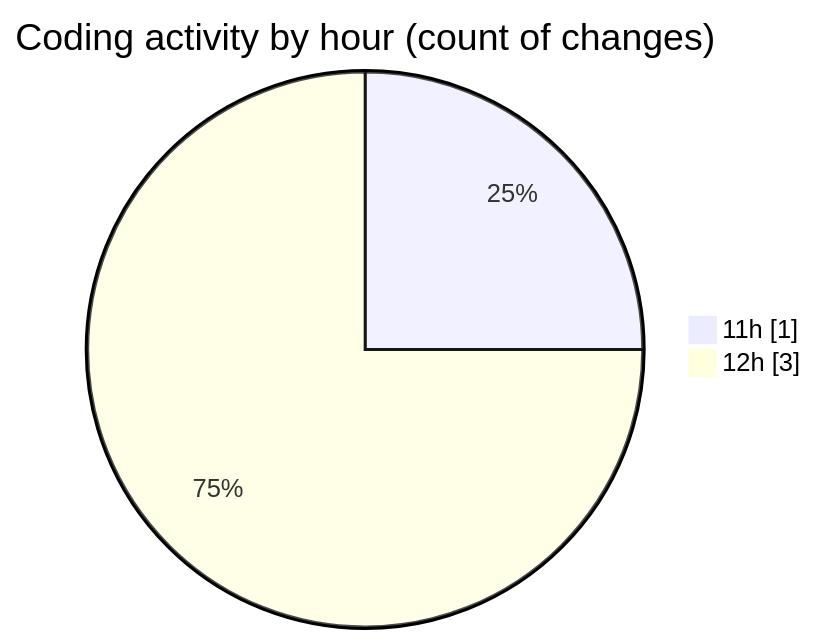
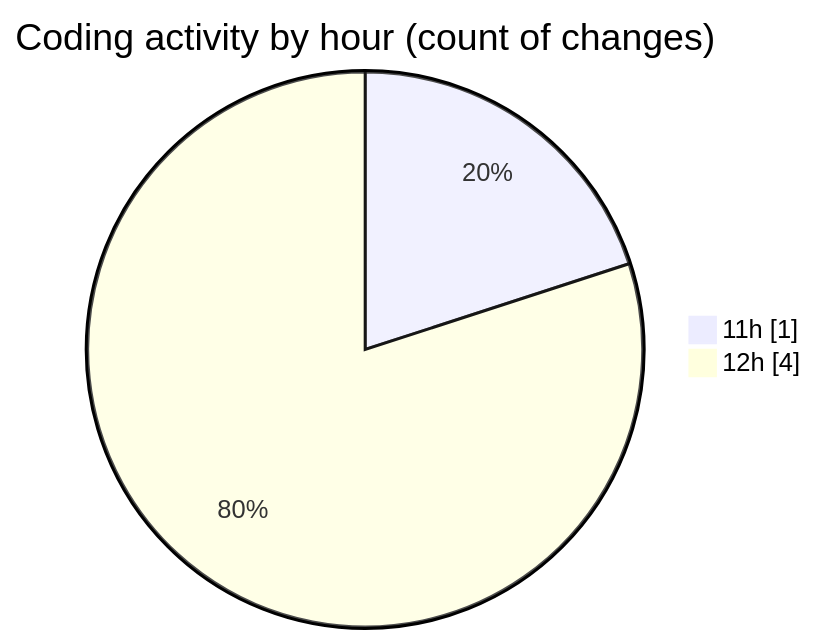
One commit to NitaiMahat/code-tracking changed the second of 2 diagrams in 2025-02-24/day09-random-string/README.md. Above: the diagram before and after it, drawn with Mermaid. The commit also changed other lines of this file and 1 other file, not shown here.

````diff
--- a/2025-02-24/day09-random-string/README.md
+++ b/2025-02-24/day09-random-string/README.md
@@ -29,6 +30,6 @@
 ```mermaid
 pie showData
 title Coding activity by hour (count of changes)
 "11h" : 1
-"12h" : 3
+"12h" : 4
 ```
````
